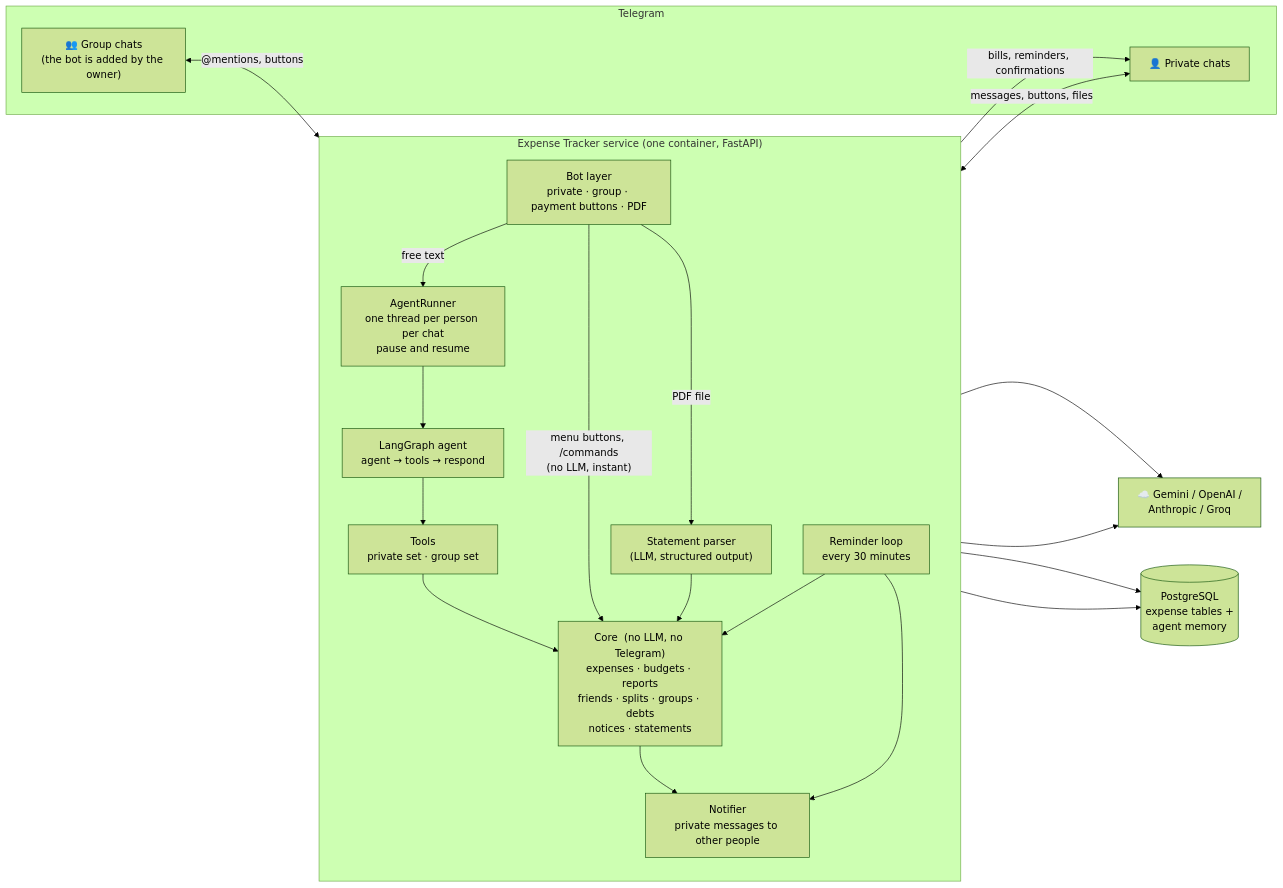
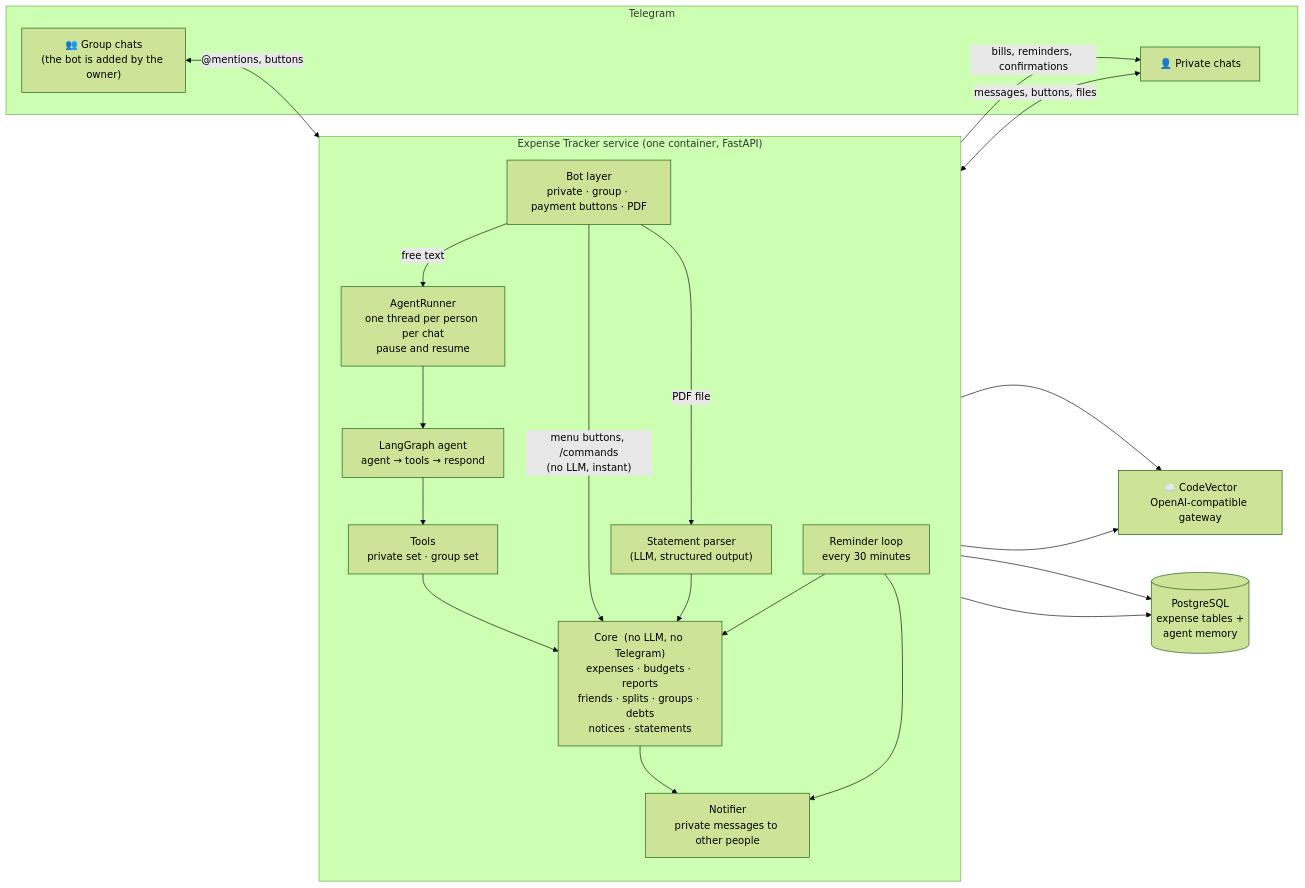
Before and after one commit to yeturu-surya-fission/Expense_Tracker: the first of 5 diagrams in docs/ARCHITECTURE.md, drawn with Mermaid (forest theme). The commit also changed other lines of this file and 164 other files, not shown here.

````diff
--- a/docs/ARCHITECTURE.md
+++ b/docs/ARCHITECTURE.md
@@ -12,36 +12,36 @@
 ```mermaid
 flowchart LR
     subgraph TGR["Telegram"]
         PC["👤 Private chats"]
         GC["👥 Group chats<br/>(the bot is added by the owner)"]
     end
 
     subgraph SVC["Expense Tracker service  (one container, FastAPI)"]
         direction TB
         BOT["Bot layer<br/>private · group · payment buttons · PDF"]
         RUN["AgentRunner<br/>one thread per person per chat<br/>pause and resume"]
         AG["LangGraph agent<br/>agent → tools → respond"]
         TOOLS["Tools<br/>private set  ·  group set"]
         CORE["Core  (no LLM, no Telegram)<br/>expenses · budgets · reports<br/>friends · splits · groups · debts<br/>notices · statements"]
         PARSER["Statement parser<br/>(LLM, structured output)"]
         NOT["Notifier<br/>private messages to other people"]
         REM["Reminder loop<br/>every 30 minutes"]
     end
 
-    LLM["☁️ Gemini / OpenAI /<br/>Anthropic / Groq"]
+    LLM["☁️ CodeVector<br/>OpenAI-compatible gateway"]
     DB[("PostgreSQL<br/>expense tables +<br/>agent memory")]
 
     PC <-->|"messages, buttons, files"| BOT
     GC <-->|"@mentions, buttons"| BOT
     BOT -->|"free text"| RUN --> AG --> TOOLS --> CORE
     BOT -->|"menu buttons, /commands<br/>(no LLM, instant)"| CORE
     BOT -->|"PDF file"| PARSER --> CORE
     AG --> LLM
     PARSER --> LLM
     CORE --> DB
     AG --> DB
     CORE --> NOT
     NOT -->|"bills, reminders, confirmations"| PC
     REM --> CORE
     REM --> NOT
 ```
````
